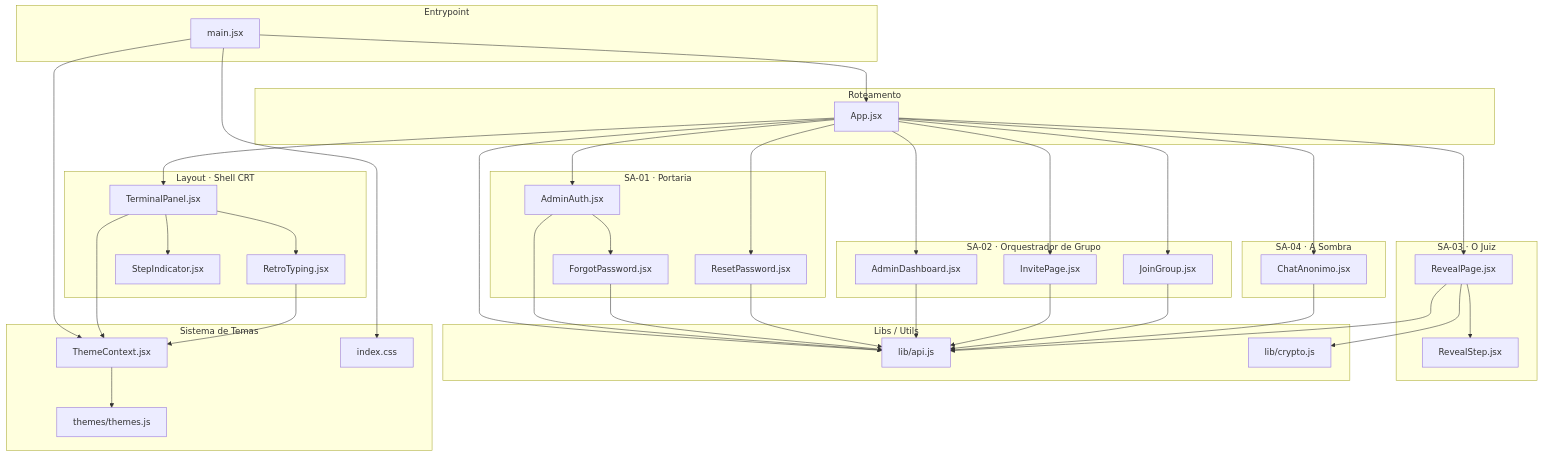
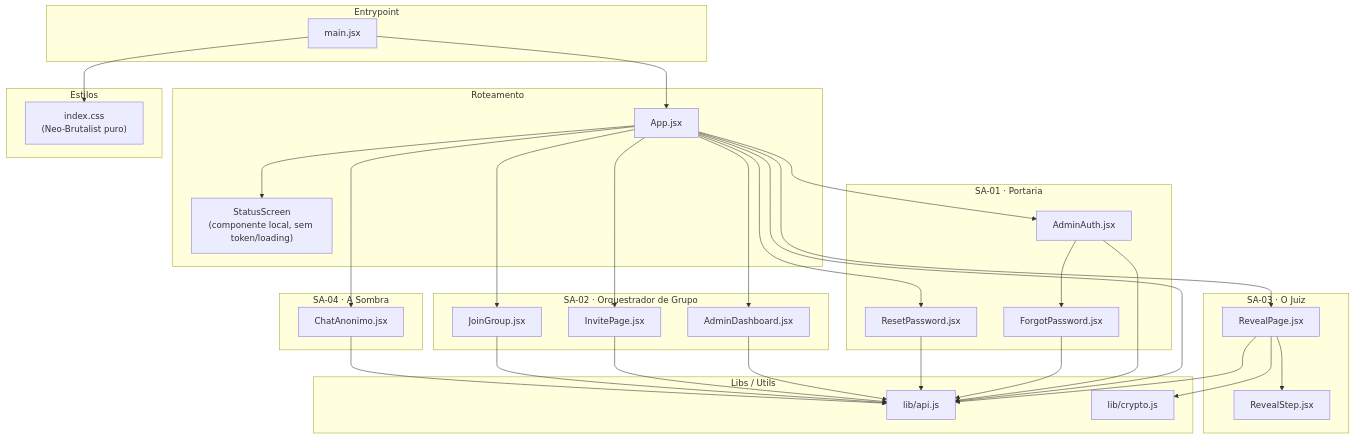
The diagram in docs/modules/dependencias_react.md (charines/AmigoSecreto), drawn with Mermaid before and after one commit. The commit also changed other lines of this file and 6 other files, not shown here.

Commit message:
feat: update project version to 1.5.0; remove legacy components and implement Neo-Brutalist design across multiple modules

````diff
--- a/docs/modules/dependencias_react.md
+++ b/docs/modules/dependencias_react.md
@@ -31,12 +36,7 @@
 
     subgraph ROUTER["Roteamento"]
         APP["App.jsx"]
-    end
-
-    subgraph LAYOUT["Layout · Shell CRT"]
-        PANEL["TerminalPanel.jsx"]
-        RETRO["RetroTyping.jsx"]
-        STEP["StepIndicator.jsx"]
+        STATUS["StatusScreen\n(componente local, sem token/loading)"]
     end
 
     subgraph SA01["SA-01 · Portaria"]
@@ -65,15 +65,12 @@
         CRYPTO["lib/crypto.js"]
     end
 
-    subgraph TEMA["Sistema de Temas"]
-        THEME_CTX["ThemeContext.jsx"]
-        THEMES["themes/themes.js"]
-        CSS["index.css"]
+    subgraph CSS_SUB["Estilos"]
+        CSS["index.css\n(Neo-Brutalist puro)"]
     end
 
     %% Entrypoint
     MAIN --> APP
-    MAIN --> THEME_CTX
     MAIN --> CSS
 
     %% Roteamento → Componentes
@@ -83,7 +80,7 @@
     APP --> INVITE
     APP --> JOIN
     APP --> REVEAL_P
-    APP --> PANEL
+    APP --> STATUS
     APP --> API
     APP --> RESET
 
@@ -103,15 +100,6 @@
     REVEAL_P --> API
     REVEAL_P --> CRYPTO
 
-    %% SA-04 (sem TerminalPanel após redesign 2026-06-28)
+    %% SA-04
     CHAT --> API
-
-    %% Layout Shell
-    PANEL --> RETRO
-    PANEL --> STEP
-    PANEL --> THEME_CTX
-    RETRO --> THEME_CTX
-
-    %% Tema
-    THEME_CTX --> THEMES
 ```
````
